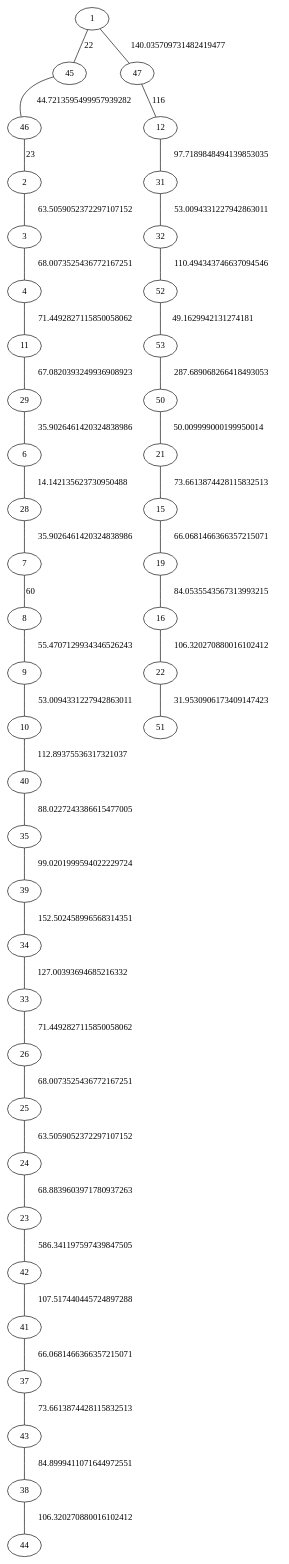
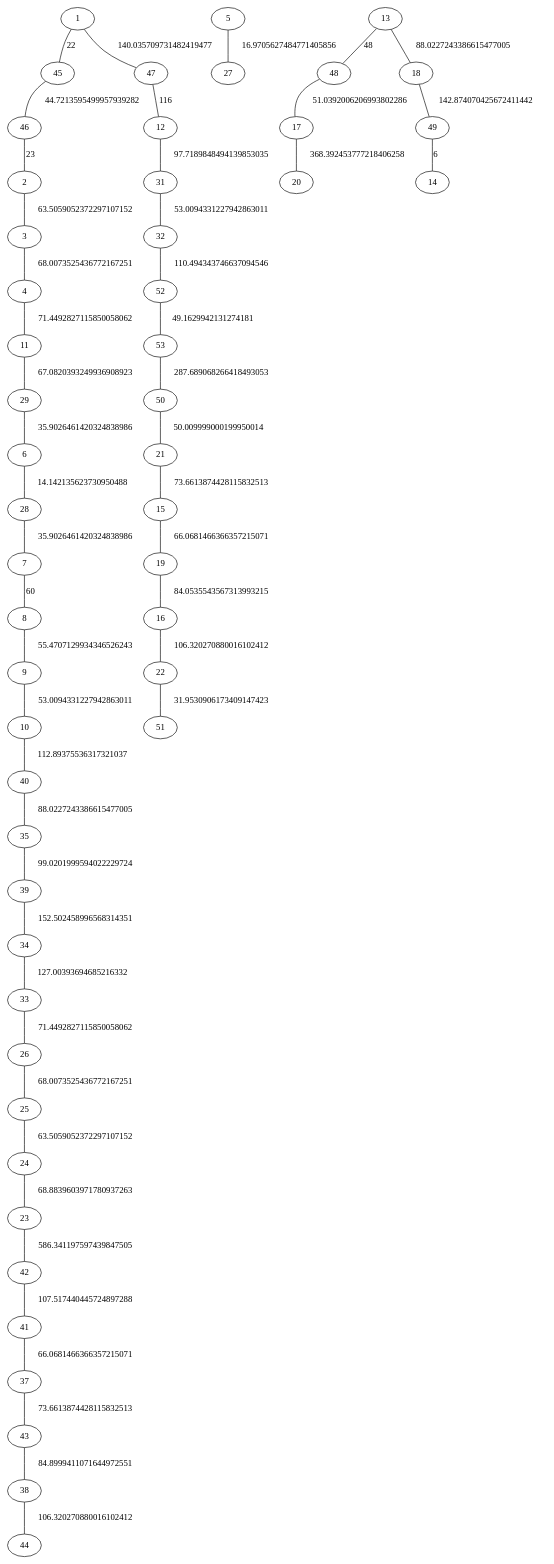
One commit to TiagoJustino/graph_mst changed the diagram in prova/fig/Euclid306_txt_dcmst_prim_2.dot. Above: the diagram before and after it, drawn with Graphviz. The commit also changed 6 other files, not shown here.

```diff
--- a/prova/fig/Euclid306_txt_dcmst_prim_2.dot
+++ b/prova/fig/Euclid306_txt_dcmst_prim_2.dot
@@ -1,43 +1,50 @@
 graph {
 "1" -- "45" [label="22"]
 "45" -- "46" [label="44.7213595499957939282"]
 "46" -- "2" [label="23"]
 "2" -- "3" [label="63.5059052372297107152"]
 "3" -- "4" [label="68.0073525436772167251"]
 "4" -- "11" [label="71.4492827115850058062"]
 "11" -- "29" [label="67.0820393249936908923"]
 "29" -- "6" [label="35.9026461420324838986"]
 "6" -- "28" [label="14.142135623730950488"]
 "28" -- "7" [label="35.9026461420324838986"]
 "7" -- "8" [label="60"]
 "8" -- "9" [label="55.4707129934346526243"]
 "9" -- "10" [label="53.0094331227942863011"]
 "10" -- "40" [label="112.89375536317321037"]
 "40" -- "35" [label="88.0227243386615477005"]
 "35" -- "39" [label="99.0201999594022229724"]
 "1" -- "47" [label="140.035709731482419477"]
 "47" -- "12" [label="116"]
 "12" -- "31" [label="97.7189848494139853035"]
 "31" -- "32" [label="53.0094331227942863011"]
 "32" -- "52" [label="110.494343746637094546"]
 "52" -- "53" [label="49.1629942131274181"]
 "39" -- "34" [label="152.502458996568314351"]
 "34" -- "33" [label="127.00393694685216332"]
 "33" -- "26" [label="71.4492827115850058062"]
 "26" -- "25" [label="68.0073525436772167251"]
 "25" -- "24" [label="63.5059052372297107152"]
 "24" -- "23" [label="68.8839603971780937263"]
 "53" -- "50" [label="287.689068266418493053"]
 "50" -- "21" [label="50.009999000199950014"]
 "21" -- "15" [label="73.6613874428115832513"]
 "15" -- "19" [label="66.0681466366357215071"]
 "19" -- "16" [label="84.0535543567313993215"]
 "16" -- "22" [label="106.320270880016102412"]
 "22" -- "51" [label="31.9530906173409147423"]
 "23" -- "42" [label="586.341197597439847505"]
 "42" -- "41" [label="107.517440445724897288"]
 "41" -- "37" [label="66.0681466366357215071"]
 "37" -- "43" [label="73.6613874428115832513"]
 "43" -- "38" [label="84.8999411071644972551"]
 "38" -- "44" [label="106.320270880016102412"]
+"5" -- "27" [label="16.9705627484771405856"]
+"13" -- "48" [label="48"]
+"48" -- "17" [label="51.0392006206993802286"]
+"13" -- "18" [label="88.0227243386615477005"]
+"18" -- "49" [label="142.874070425672411442"]
+"49" -- "14" [label="6"]
+"17" -- "20" [label="368.392453777218406258"]
 }
```
